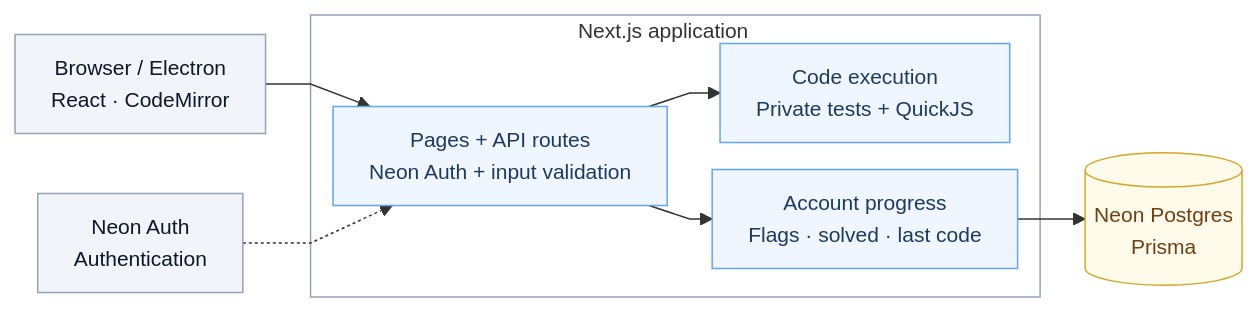
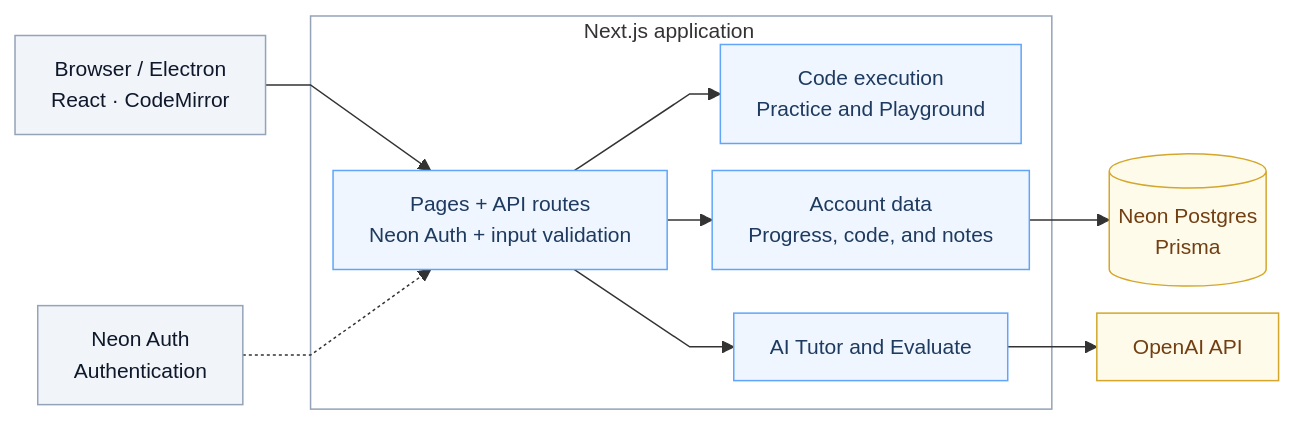
One commit to eric-nichols-nyc/code-atlas changed the diagram in README.md. Above: the diagram before and after it, drawn with Mermaid. The commit also changed other lines of this file and 3 other files, not shown here.

````diff
--- a/README.md
+++ b/README.md
@@ -172,28 +166,31 @@
 ```mermaid
 %%{init: {"look": "classic", "fontFamily": "Arial", "themeVariables": {"fontFamily": "Arial, sans-serif", "fontSize": "14px"}, "flowchart": {"nodeSpacing": 18, "rankSpacing": 30, "curve": "linear", "padding": 12, "wrappingWidth": 220}}}%%
 flowchart LR
     Browser["Browser / Electron<br/>React · CodeMirror"]
     Auth["Neon Auth<br/>Authentication"]
 
     subgraph Next["Next.js application"]
         Routes["Pages + API routes<br/>Neon Auth + input validation"]
-        Judge["Code execution<br/>Private tests + QuickJS"]
-        Progress["Account progress<br/>Flags · solved · last code"]
+        Judge["Code execution<br/>Practice and Playground"]
+        Progress["Account data<br/>Progress, code, and notes"]
+        AI["AI Tutor and Evaluate"]
 
         Routes --> Judge
         Routes --> Progress
+        Routes --> AI
     end
 
     Browser --> Routes
     Auth -.-> Routes
     Progress --> Neon[("Neon Postgres<br/>Prisma")]
+    AI --> OpenAI["OpenAI API"]
 
     style Next fill:transparent,stroke:#94a3b8,stroke-width:1px,font-family:Arial
     classDef default font-family:Arial
     classDef client fill:#f1f5f9,stroke:#94a3b8,color:#0f172a
     classDef app fill:#eff6ff,stroke:#60a5fa,color:#1e3a5f
     classDef data fill:#fffbeb,stroke:#d4a72c,color:#713f12
     class Browser,Auth client
-    class Routes,Judge,Progress app
-    class Neon data
+    class Routes,Judge,Progress,AI app
+    class Neon,OpenAI data
 ```
````
